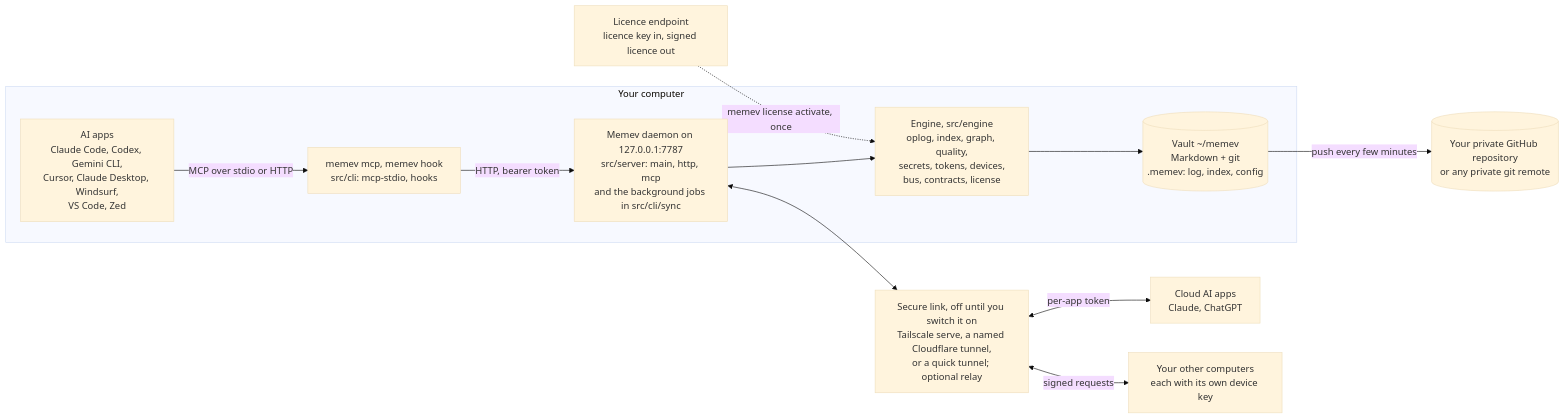
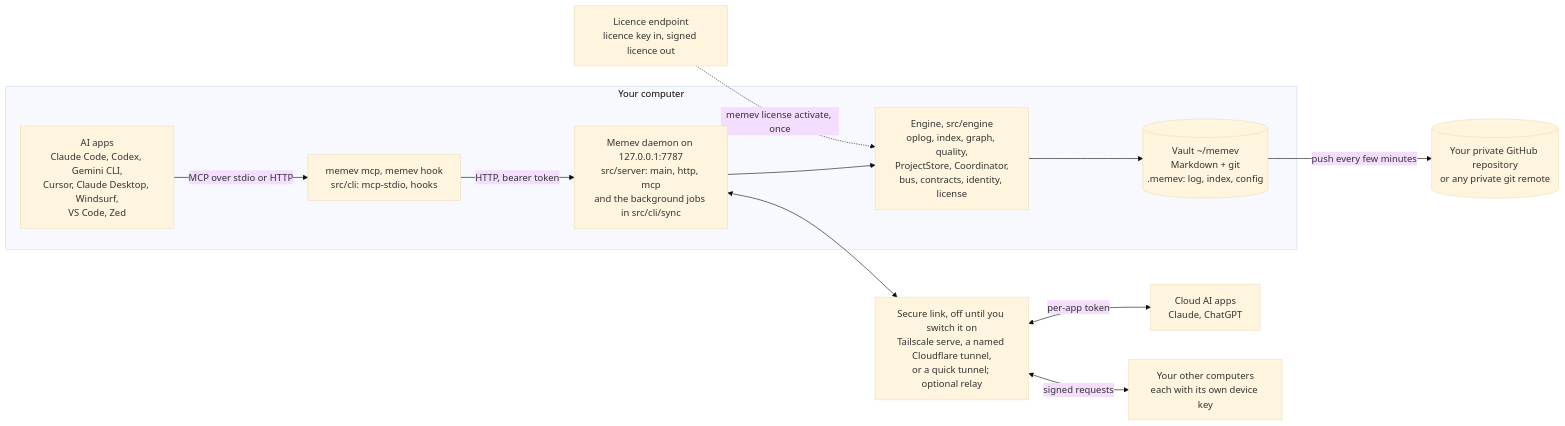
One commit to mgillr/memev changed the first of 6 diagrams in docs/ARCHITECTURE.md. Above: the diagram before and after it, drawn with Mermaid (base theme). The commit also changed other lines of this file, not shown here.

Commit message:
docs: update architecture for project and federation foundations

````diff
--- a/docs/ARCHITECTURE.md
+++ b/docs/ARCHITECTURE.md
@@ -18,24 +18,24 @@
 ```mermaid
 flowchart LR
     subgraph computer["Your computer"]
         apps["AI apps<br/>Claude Code, Codex, Gemini CLI,<br/>Cursor, Claude Desktop, Windsurf,<br/>VS Code, Zed"]
         proxy["memev mcp, memev hook<br/>src/cli: mcp-stdio, hooks"]
         daemon["Memev daemon on 127.0.0.1:7787<br/>src/server: main, http, mcp<br/>and the background jobs in src/cli/sync"]
-        engine["Engine, src/engine<br/>oplog, index, graph, quality,<br/>secrets, tokens, devices,<br/>bus, contracts, license"]
+        engine["Engine, src/engine<br/>oplog, index, graph, quality,<br/>ProjectStore, Coordinator,<br/>bus, contracts, identity, license"]
         vault[("Vault ~/memev<br/>Markdown + git<br/>.memev: log, index, config")]
         apps -->|"MCP over stdio or HTTP"| proxy
         proxy -->|"HTTP, bearer token"| daemon
         daemon --> engine
         engine --> vault
     end
     gh[("Your private GitHub repository<br/>or any private git remote")]
     tunnel["Secure link, off until you switch it on<br/>Tailscale serve, a named Cloudflare tunnel,<br/>or a quick tunnel; optional relay"]
     cloud["Cloud AI apps<br/>Claude, ChatGPT"]
     other["Your other computers<br/>each with its own device key"]
     lic["Licence endpoint<br/>licence key in, signed licence out"]
     vault -->|"push every few minutes"| gh
     daemon <--> tunnel
     tunnel <-->|"per-app token"| cloud
     tunnel <-->|"signed requests"| other
     lic -.->|"memev license activate, once"| engine
 ```
````
